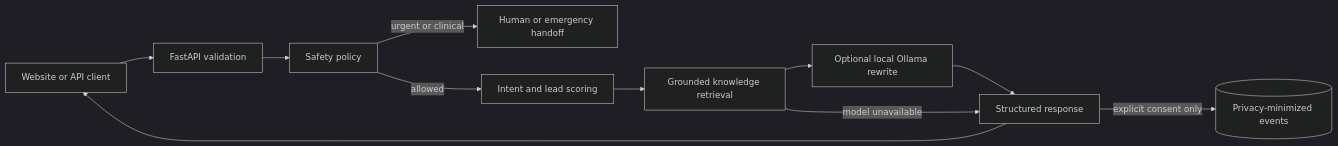
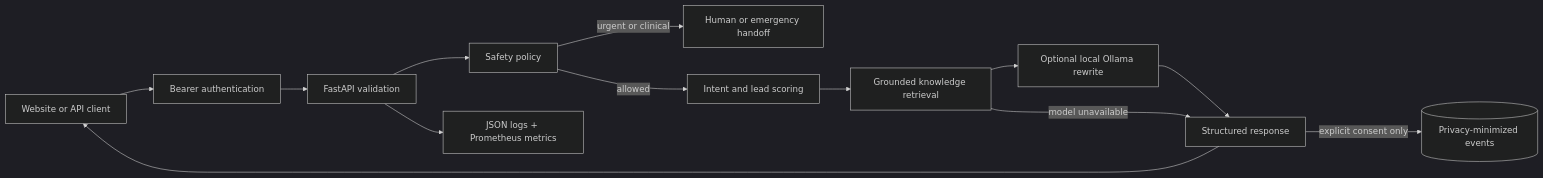
Before and after one commit to Ryork67677/nyxora-lead-concierge: the diagram in README.md, drawn with Mermaid (dark theme). The commit also changed other lines of this file and 26 other files, not shown here.

````diff
--- a/README.md
+++ b/README.md
@@ -47,13 +51,15 @@
 ```mermaid
 flowchart LR
-    Client[Website or API client] --> API[FastAPI validation]
+    Client[Website or API client] --> Auth[Bearer authentication]
+    Auth --> API[FastAPI validation]
     API --> Safety[Safety policy]
     Safety -->|urgent or clinical| Handoff[Human or emergency handoff]
     Safety -->|allowed| Qualify[Intent and lead scoring]
     Qualify --> Retrieval[Grounded knowledge retrieval]
     Retrieval --> Model[Optional local Ollama rewrite]
     Model --> Response[Structured response]
     Retrieval -->|model unavailable| Response
     Response --> Client
     Response -->|explicit consent only| Store[(Privacy-minimized events)]
+    API --> Telemetry[JSON logs + Prometheus metrics]
 ```
````
